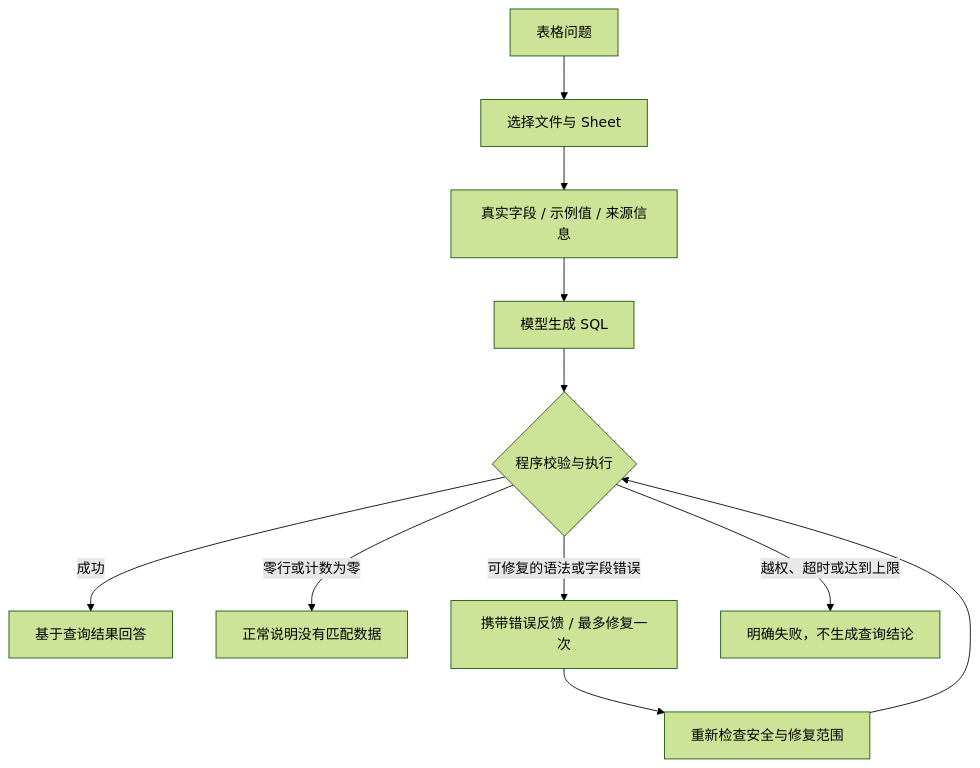
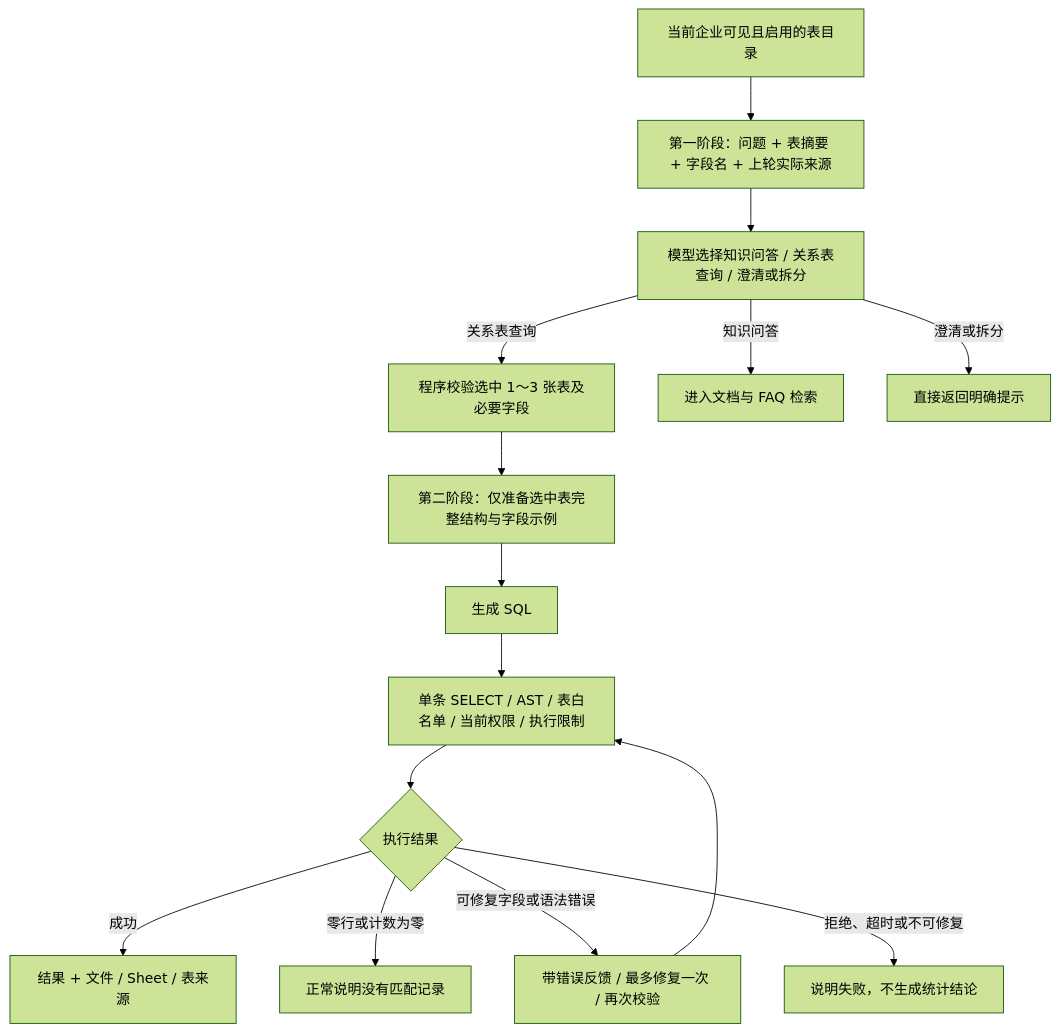
Before and after one commit to Yancyxiao/MES-MOM: the fifth of 7 diagrams in README.md, drawn with Mermaid (forest theme). The commit also changed other lines of this file and 6 other files, not shown here.

Commit message:
Refresh project showcase with current architecture and FAQ workflows

````diff
--- a/README.md
+++ b/README.md
@@ -196,13 +295,17 @@
 ```mermaid
 flowchart TD
-    A[表格问题] --> B[选择文件与 Sheet]
-    B --> C[真实字段 / 示例值 / 来源信息]
-    C --> D[模型生成 SQL]
-    D --> E{程序校验与执行}
-    E -->|成功| F[基于查询结果回答]
-    E -->|零行或计数为零| G[正常说明没有匹配数据]
-    E -->|可修复的语法或字段错误| H[携带错误反馈 / 最多修复一次]
-    H --> I[重新检查安全与修复范围]
-    I --> E
-    E -->|越权、超时或达到上限| J[明确失败，不生成查询结论]
+    A["当前企业可见且启用的表目录"] --> B["第一阶段：问题 + 表摘要 + 字段名 + 上轮实际来源"]
+    B --> C["模型选择知识问答 / 关系表查询 / 澄清或拆分"]
+    C -->|关系表查询| D["程序校验选中 1～3 张表及必要字段"]
+    D --> E["第二阶段：仅准备选中表完整结构与字段示例"]
+    E --> F["生成 SQL"]
+    F --> G["单条 SELECT / AST / 表白名单 / 当前权限 / 执行限制"]
+    G --> H{"执行结果"}
+    H -->|成功| I["结果 + 文件 / Sheet / 表来源"]
+    H -->|零行或计数为零| J["正常说明没有匹配记录"]
+    H -->|可修复字段或语法错误| K["带错误反馈 / 最多修复一次 / 再次校验"]
+    K --> G
+    H -->|拒绝、超时或不可修复| L["说明失败，不生成统计结论"]
+    C -->|知识问答| M["进入文档与 FAQ 检索"]
+    C -->|澄清或拆分| N["直接返回明确提示"]
 ```
````
